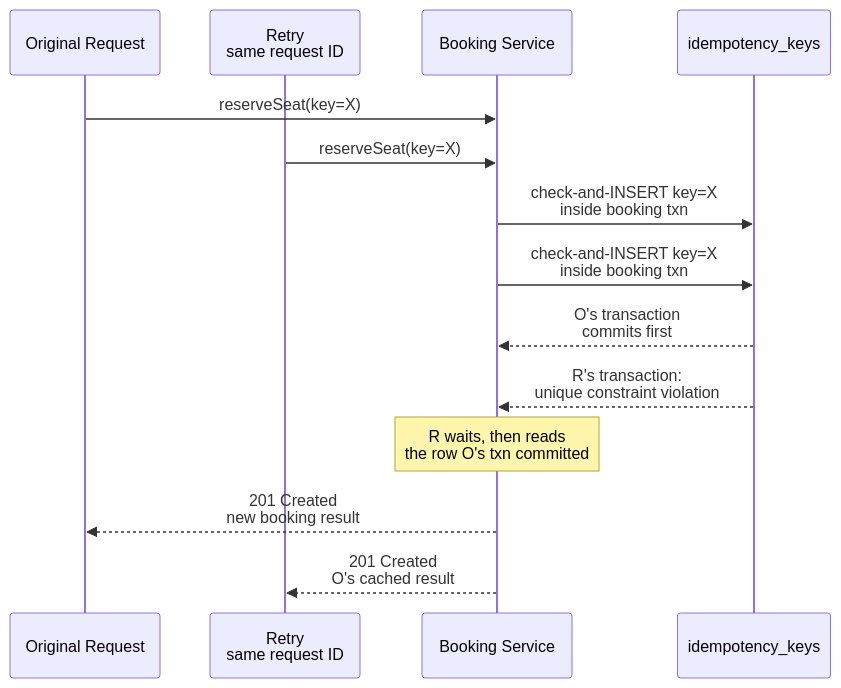
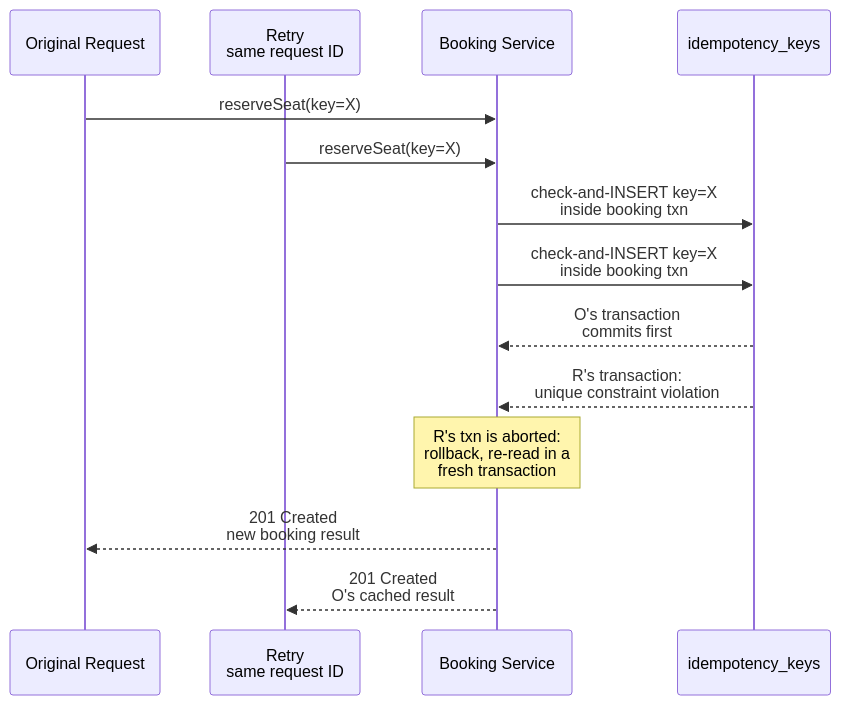
The fourth of 4 diagrams in src/main/java/com/rutik/systemdesign/backend/case_studies/design_booking_system/README.md (rppol/system-design), drawn with Mermaid before and after one commit. The commit also changed other lines of this file and 13 other files, not shown here.

````diff
--- a/src/main/java/com/rutik/systemdesign/backend/case_studies/design_booking_system/README.md
+++ b/src/main/java/com/rutik/systemdesign/backend/case_studies/design_booking_system/README.md
@@ -155,17 +159,17 @@
 ```mermaid
 sequenceDiagram
     participant O as Original Request
     participant R as Retry<br/>same request ID
     participant Svc as Booking Service
     participant Tbl as idempotency_keys
 
     O->>Svc: reserveSeat(key=X)
     R->>Svc: reserveSeat(key=X)
     Svc->>Tbl: check-and-INSERT key=X<br/>inside booking txn
     Svc->>Tbl: check-and-INSERT key=X<br/>inside booking txn
     Tbl-->>Svc: O's transaction<br/>commits first
     Tbl-->>Svc: R's transaction:<br/>unique constraint violation
-    Note over Svc: R waits, then reads<br/>the row O's txn committed
+    Note over Svc: R's txn is aborted:<br/>rollback, re-read in a<br/>fresh transaction
     Svc-->>O: 201 Created<br/>new booking result
     Svc-->>R: 201 Created<br/>O's cached result
 ```
````
